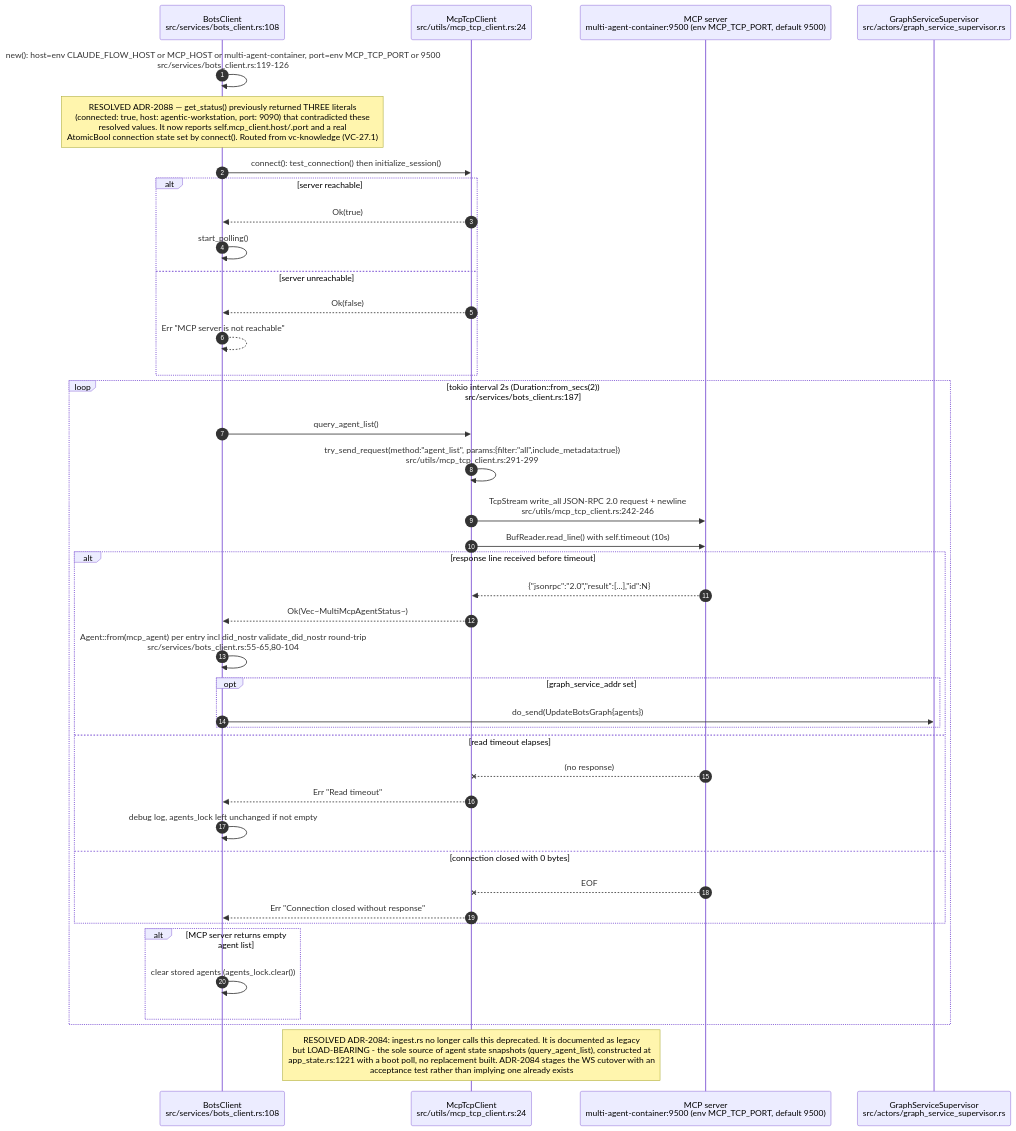
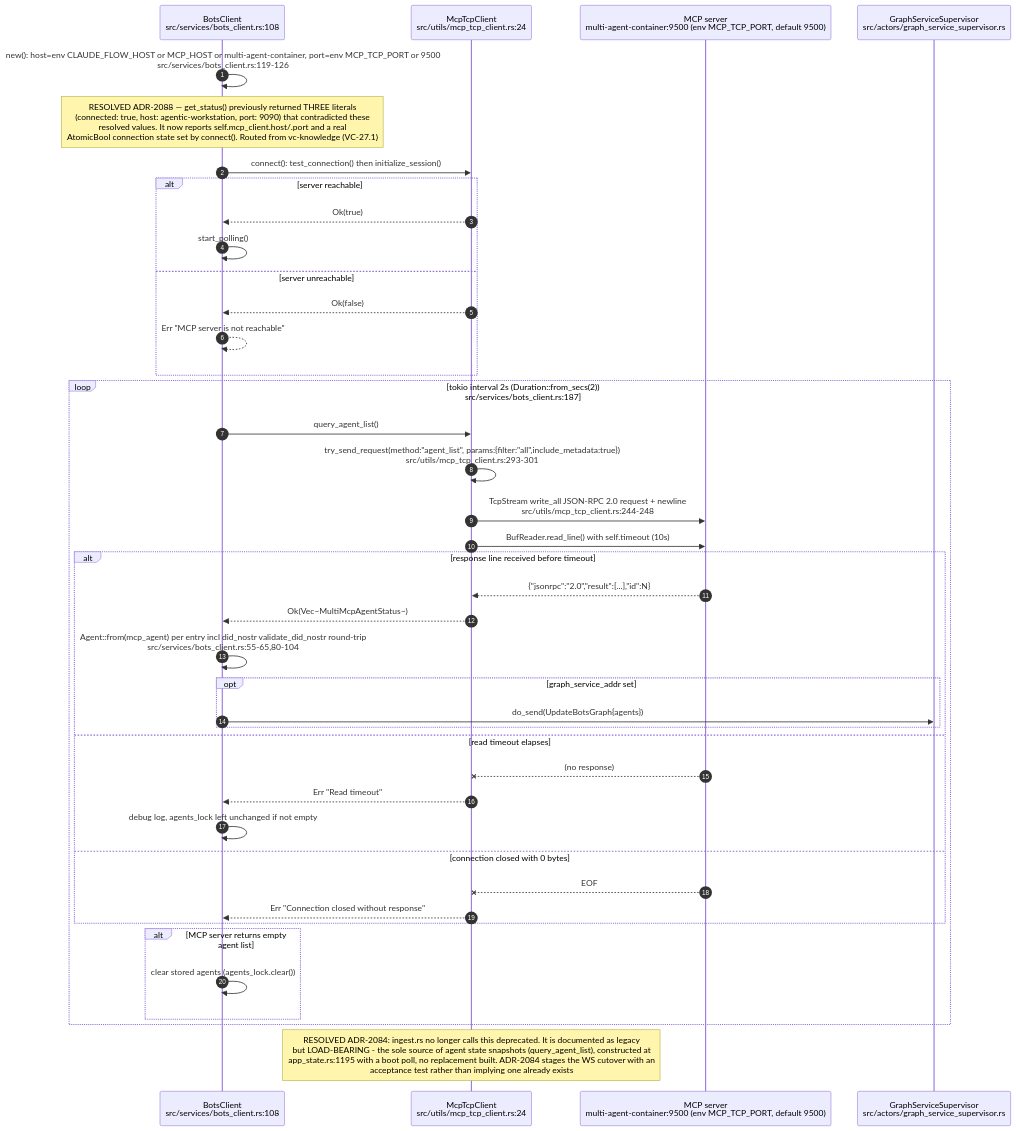
Before and after one commit to DreamLab-AI/VisionFlow: the eighth of 12 diagrams in docs/diagrams/estate/02-agent-events-agentbox-to-visionclaw.md, drawn with Mermaid. The commit also changed other lines of this file and 8 other files, not shown here.

Commit message:
docs(diagrams): multi-MCP discovery is real; re-stamp visionclaw 01/03/05/09/27 and estate/02

````diff
--- a/docs/diagrams/estate/02-agent-events-agentbox-to-visionclaw.md
+++ b/docs/diagrams/estate/02-agent-events-agentbox-to-visionclaw.md
@@ -359,44 +361,44 @@
 ```mermaid
 sequenceDiagram
     autonumber
     participant BC as BotsClient<br/>src/services/bots_client.rs:108
     participant TCP as McpTcpClient<br/>src/utils/mcp_tcp_client.rs:24
     participant SRV as MCP server<br/>multi-agent-container:9500 (env MCP_TCP_PORT, default 9500)
     participant GSS as GraphServiceSupervisor<br/>src/actors/graph_service_supervisor.rs
 
     BC->>BC: new(): host=env CLAUDE_FLOW_HOST or MCP_HOST or multi-agent-container, port=env MCP_TCP_PORT or 9500<br/>src/services/bots_client.rs:119-126
     Note over BC: RESOLVED ADR-2088 — get_status() previously returned THREE literals<br/>(connected: true, host: agentic-workstation, port: 9090) that contradicted these<br/>resolved values. It now reports self.mcp_client.host/.port and a real<br/>AtomicBool connection state set by connect(). Routed from vc-knowledge (VC-27.1)
     BC->>TCP: connect(): test_connection() then initialize_session()
     alt server reachable
         TCP-->>BC: Ok(true)
         BC->>BC: start_polling()
     else server unreachable
         TCP-->>BC: Ok(false)
         BC-->>BC: Err "MCP server is not reachable"
     end
     loop tokio interval 2s (Duration::from_secs(2))<br/>src/services/bots_client.rs:187
         BC->>TCP: query_agent_list()
-        TCP->>TCP: try_send_request(method:"agent_list", params:{filter:"all",include_metadata:true})<br/>src/utils/mcp_tcp_client.rs:291-299
-        TCP->>SRV: TcpStream write_all JSON-RPC 2.0 request + newline<br/>src/utils/mcp_tcp_client.rs:242-246
+        TCP->>TCP: try_send_request(method:"agent_list", params:{filter:"all",include_metadata:true})<br/>src/utils/mcp_tcp_client.rs:293-301
+        TCP->>SRV: TcpStream write_all JSON-RPC 2.0 request + newline<br/>src/utils/mcp_tcp_client.rs:244-248
         TCP->>SRV: BufReader.read_line() with self.timeout (10s)
         alt response line received before timeout
             SRV-->>TCP: {"jsonrpc":"2.0","result":[...],"id":N}
             TCP-->>BC: Ok(Vec~MultiMcpAgentStatus~)
             BC->>BC: Agent::from(mcp_agent) per entry incl did_nostr validate_did_nostr round-trip<br/>src/services/bots_client.rs:55-65,80-104
             opt graph_service_addr set
                 BC->>GSS: do_send(UpdateBotsGraph{agents})
             end
         else read timeout elapses
             SRV--xTCP: (no response)
             TCP-->>BC: Err "Read timeout"
             BC->>BC: debug log, agents_lock left unchanged if not empty
         else connection closed with 0 bytes
             SRV--xTCP: EOF
             TCP-->>BC: Err "Connection closed without response"
         end
         alt MCP server returns empty agent list
             BC->>BC: clear stored agents (agents_lock.clear())
         end
     end
-    Note over TCP: RESOLVED ADR-2084: ingest.rs no longer calls this deprecated. It is documented as legacy<br/>but LOAD-BEARING - the sole source of agent state snapshots (query_agent_list), constructed at<br/>app_state.rs:1221 with a boot poll, no replacement built. ADR-2084 stages the WS cutover with an<br/>acceptance test rather than implying one already exists
+    Note over TCP: RESOLVED ADR-2084: ingest.rs no longer calls this deprecated. It is documented as legacy<br/>but LOAD-BEARING - the sole source of agent state snapshots (query_agent_list), constructed at<br/>app_state.rs:1195 with a boot poll, no replacement built. ADR-2084 stages the WS cutover with an<br/>acceptance test rather than implying one already exists
 ```
````
